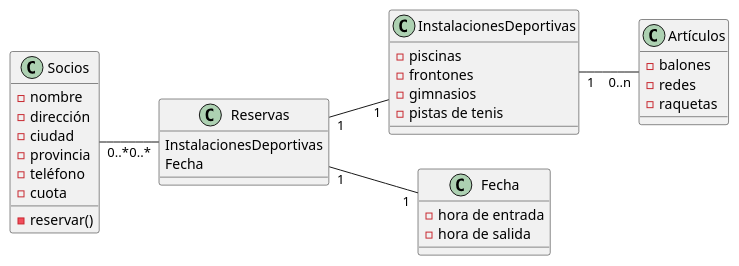
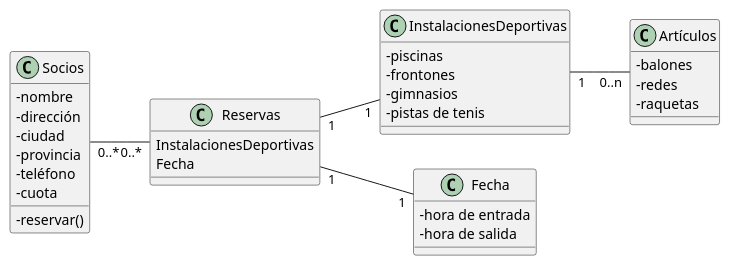
Before and after one commit to SandraLucioni/EntornosDeDesarrollo: the diagram in homeworkOne/puml/instalacionesDeportivas.puml, drawn with PlantUML. The commit also changed 11 other files, not shown here.

```diff
--- a/homeworkOne/puml/instalacionesDeportivas.puml
+++ b/homeworkOne/puml/instalacionesDeportivas.puml
@@ -1,42 +1,44 @@
-@startuml
+@startuml instalaciones deportivas
 'https://plantuml.com/class-diagram
+
 left to right direction
+skinparam classAttributeIconSize 0
 
 class Reservas{
 InstalacionesDeportivas
 Fecha
 }
 
 class InstalacionesDeportivas{
 -piscinas
 -frontones
 -gimnasios
 -pistas de tenis
 }
 
 class Socios{
 -nombre
 -dirección
 -ciudad
 -provincia
 -teléfono
 -cuota
 -reservar()
 }
 
 class Artículos{
 -balones
 -redes
 -raquetas
 }
 
 class Fecha{
 -hora de entrada
 -hora de salida
 }
 
 Socios "0..*" -- "0..*" Reservas
 Reservas "1" -- "1" InstalacionesDeportivas
 InstalacionesDeportivas "1" -- "0..n" Artículos
 Reservas "1" -- "1" Fecha
 @enduml
```
